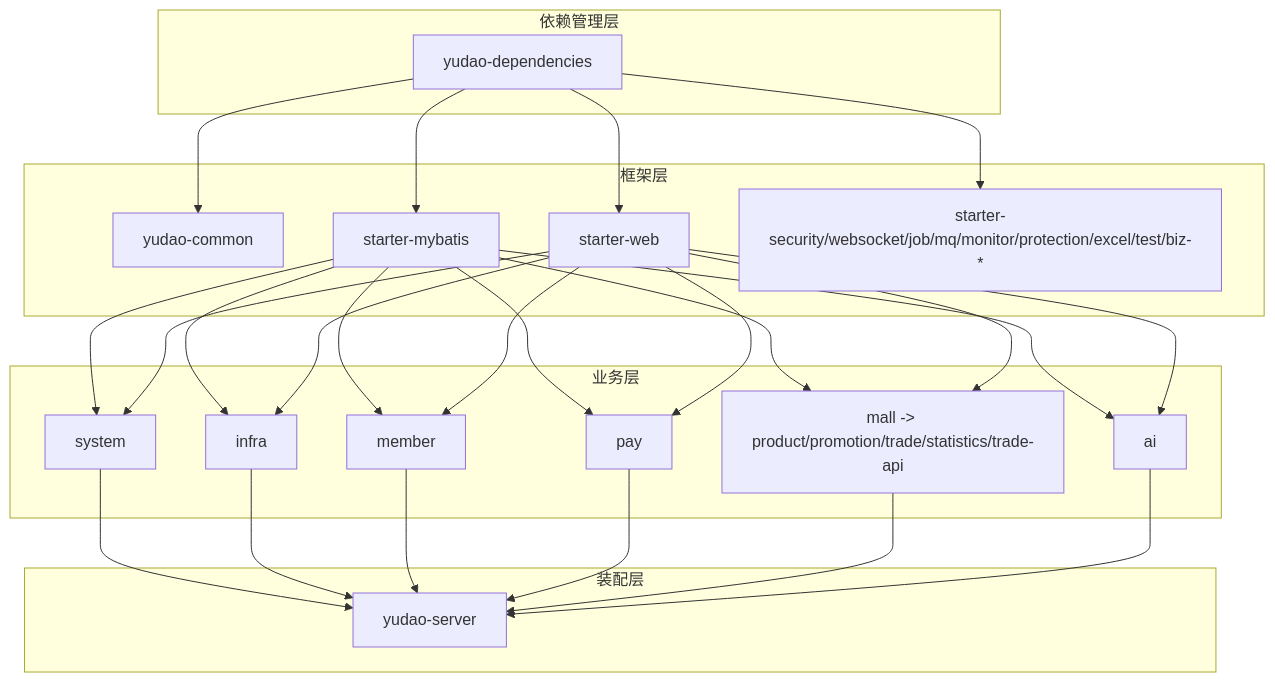
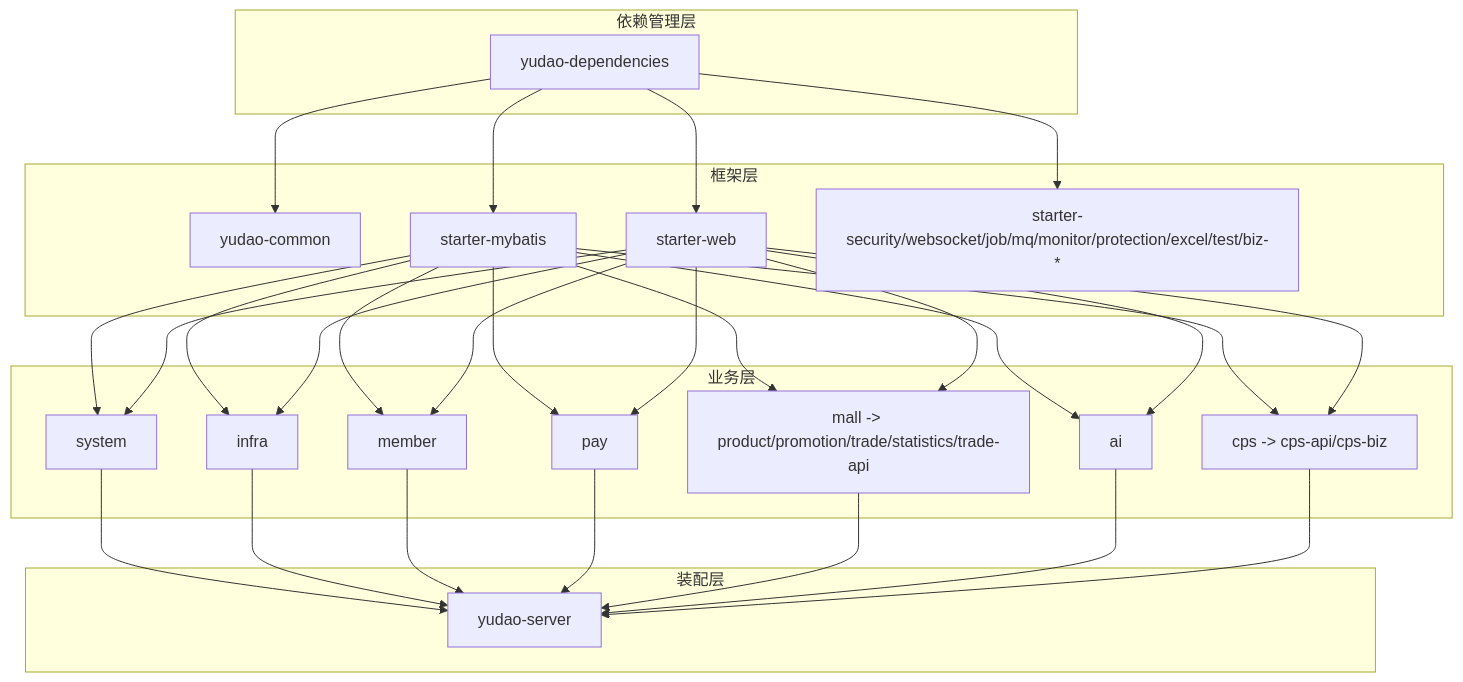
The second of 3 diagrams in .qoder/repowiki/zh/content/系统架构设计/模块化架构.md (zhuangpengLI/AgenticCPS), drawn with Mermaid before and after one commit. The commit also changed other lines of this file and 10 other files, not shown here.

````diff
--- a/.qoder/repowiki/zh/content/系统架构设计/模块化架构.md
+++ b/.qoder/repowiki/zh/content/系统架构设计/模块化架构.md
@@ -99,45 +115,49 @@
 ```mermaid
 graph TB
 subgraph "依赖管理层"
 D1["yudao-dependencies"]
 end
 subgraph "框架层"
 F1["yudao-common"]
 F2["starter-mybatis"]
 F3["starter-web"]
 F4["starter-security/websocket/job/mq/monitor/protection/excel/test/biz-*"]
 end
 subgraph "业务层"
 B1["system"]
 B2["infra"]
 B3["member"]
 B4["pay"]
 B5["mall -> product/promotion/trade/statistics/trade-api"]
 B6["ai"]
+B7["cps -> cps-api/cps-biz"]
 end
 subgraph "装配层"
 S1["yudao-server"]
 end
 D1 --> F1
 D1 --> F2
 D1 --> F3
 D1 --> F4
 F2 --> B1
 F2 --> B2
 F2 --> B3
 F2 --> B4
 F2 --> B5
 F2 --> B6
+F2 --> B7
 F3 --> B1
 F3 --> B2
 F3 --> B3
 F3 --> B4
 F3 --> B5
 F3 --> B6
+F3 --> B7
 B1 --> S1
 B2 --> S1
 B3 --> S1
 B4 --> S1
 B5 --> S1
 B6 --> S1
+B7 --> S1
 ```
````
